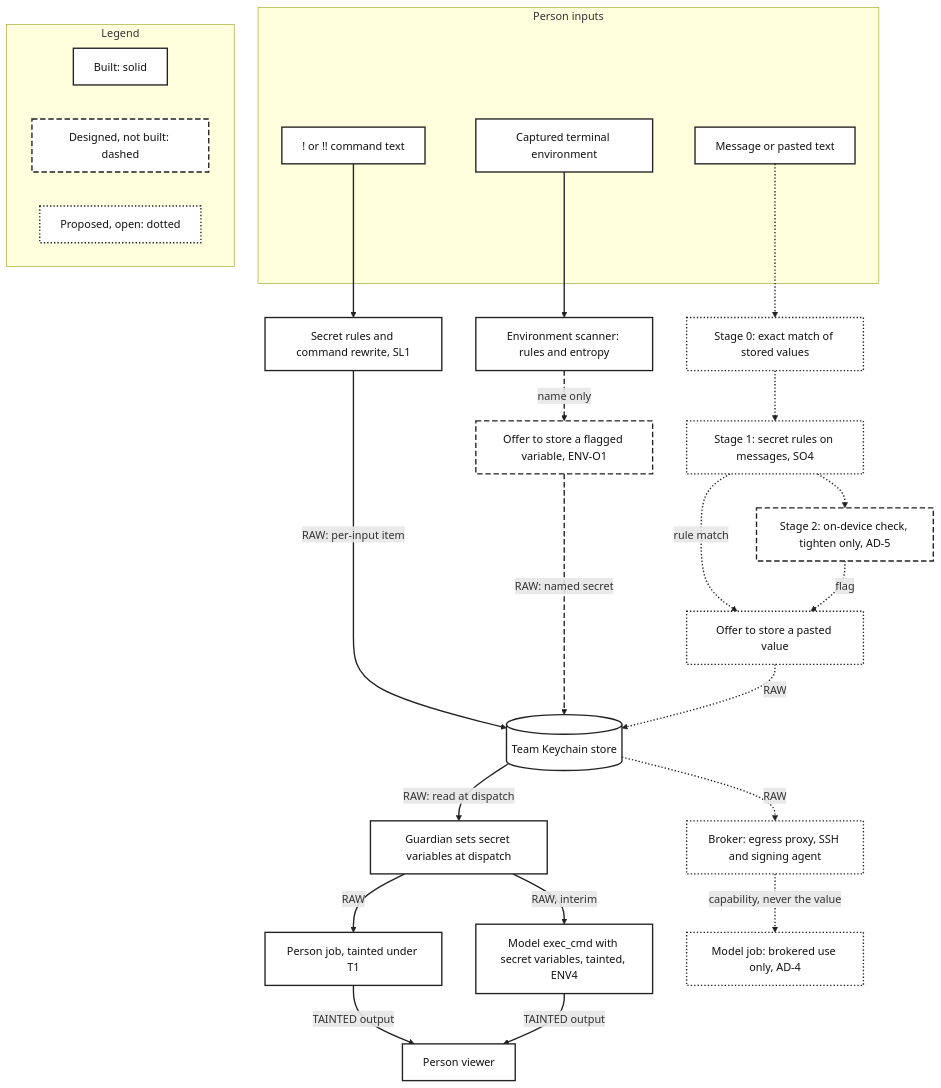
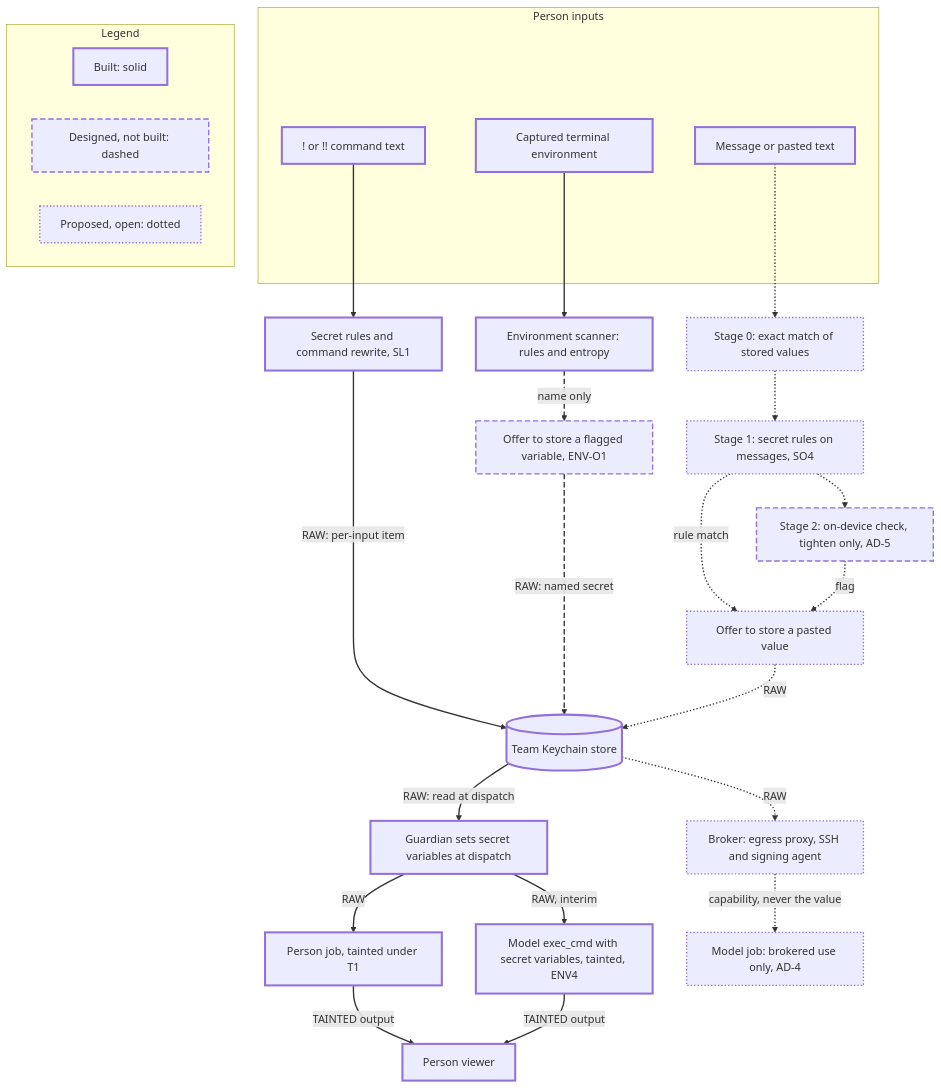
One commit to pidster/asura changed the seventh of 7 diagrams in docs/designs/architecture-overview.md. Above: the diagram before and after it, drawn with Mermaid. The commit also changed other lines of this file, not shown here.

First line of the commit message:
Let the overview diagrams follow the viewer's theme: no colours set

````diff
--- a/docs/designs/architecture-overview.md
+++ b/docs/designs/architecture-overview.md
@@ -494,52 +494,52 @@
 ```mermaid
 flowchart TB
     subgraph Inputs["Person inputs"]
         Paste["Message or pasted text"]:::built
         Cmd["! or !! command text"]:::built
         Env["Captured terminal environment"]:::built
     end
     S0["Stage 0: exact match of stored values"]:::proposed
     S1["Stage 1: secret rules on messages, SO4"]:::proposed
     S2["Stage 2: on-device check, tighten only, AD-5"]:::designed
     OfferP["Offer to store a pasted value"]:::proposed
     RW["Secret rules and command rewrite, SL1"]:::built
     EScan["Environment scanner: rules and entropy"]:::built
     OfferE["Offer to store a flagged variable, ENV-O1"]:::designed
     Store[("Team Keychain store")]:::built
     Disp["Guardian sets secret variables at dispatch"]:::built
     PJob["Person job, tainted under T1"]:::built
     MRaw["Model exec_cmd with secret variables, tainted, ENV4"]:::built
     Viewer["Person viewer"]:::built
     Brk["Broker: egress proxy, SSH and signing agent"]:::proposed
     MJob["Model job: brokered use only, AD-4"]:::proposed
     Cmd --> RW
     RW -->|"RAW: per-input item"| Store
     Env --> EScan
     Store -->|"RAW: read at dispatch"| Disp
     Disp -->|"RAW"| PJob
     Disp -->|"RAW, interim"| MRaw
     PJob -->|"TAINTED output"| Viewer
     MRaw -->|"TAINTED output"| Viewer
     EScan -->|"name only"| OfferE
     OfferE -->|"RAW: named secret"| Store
     Paste --> S0
     S0 --> S1
     S1 --> S2
     S1 -->|"rule match"| OfferP
     S2 -->|"flag"| OfferP
     OfferP -->|"RAW"| Store
     Store -->|"RAW"| Brk
     Brk -->|"capability, never the value"| MJob
     subgraph Legend["Legend"]
         direction LR
         LB["Built: solid"]:::built
         LD["Designed, not built: dashed"]:::designed
         LP["Proposed, open: dotted"]:::proposed
     end
-    classDef built fill:#ffffff,stroke:#222222,stroke-width:2px,color:#111111
-    classDef designed fill:#ffffff,stroke:#222222,stroke-width:2px,stroke-dasharray:8 4,color:#111111
-    classDef proposed fill:#ffffff,stroke:#222222,stroke-width:2px,stroke-dasharray:2 3,color:#111111
-    linkStyle 0,1,2,3,4,5,6,7 stroke:#222222,stroke-width:2px
-    linkStyle 8,9 stroke:#222222,stroke-width:2px,stroke-dasharray:8 4
-    linkStyle 10,11,12,13,14,15,16,17 stroke:#222222,stroke-width:2px,stroke-dasharray:2 3
+    classDef built stroke-width:3px
+    classDef designed stroke-width:2px,stroke-dasharray:8 4
+    classDef proposed stroke-width:2px,stroke-dasharray:2 3
+    linkStyle 0,1,2,3,4,5,6,7 stroke-width:2px
+    linkStyle 8,9 stroke-width:2px,stroke-dasharray:8 4
+    linkStyle 10,11,12,13,14,15,16,17 stroke-width:2px,stroke-dasharray:2 3
 ```
````
